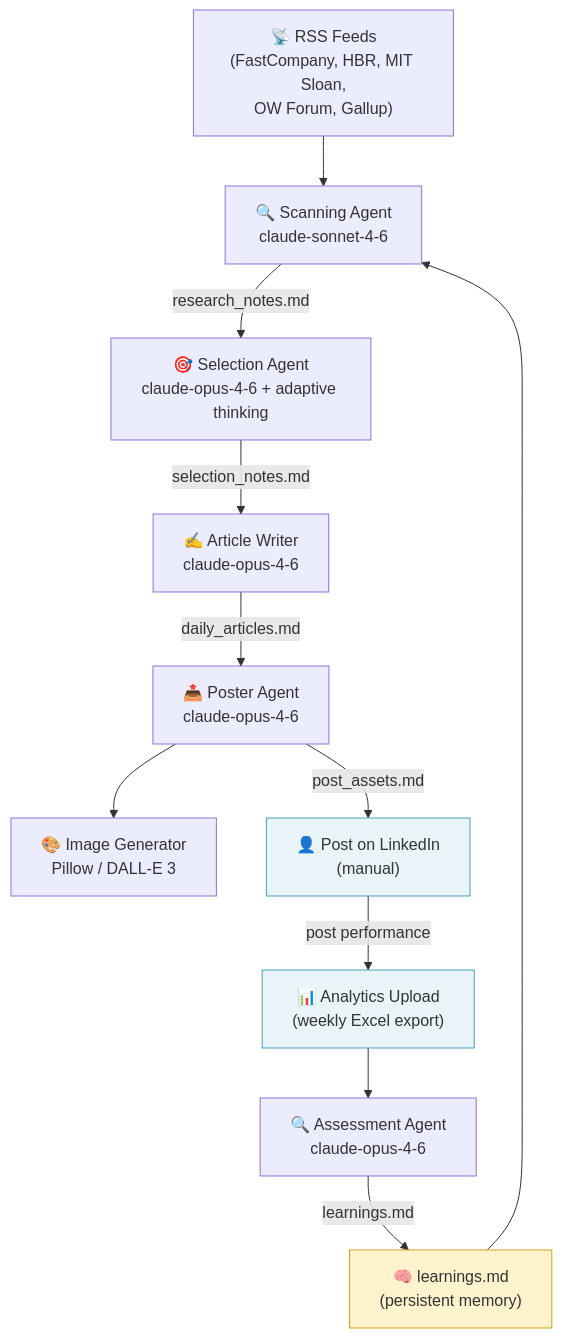
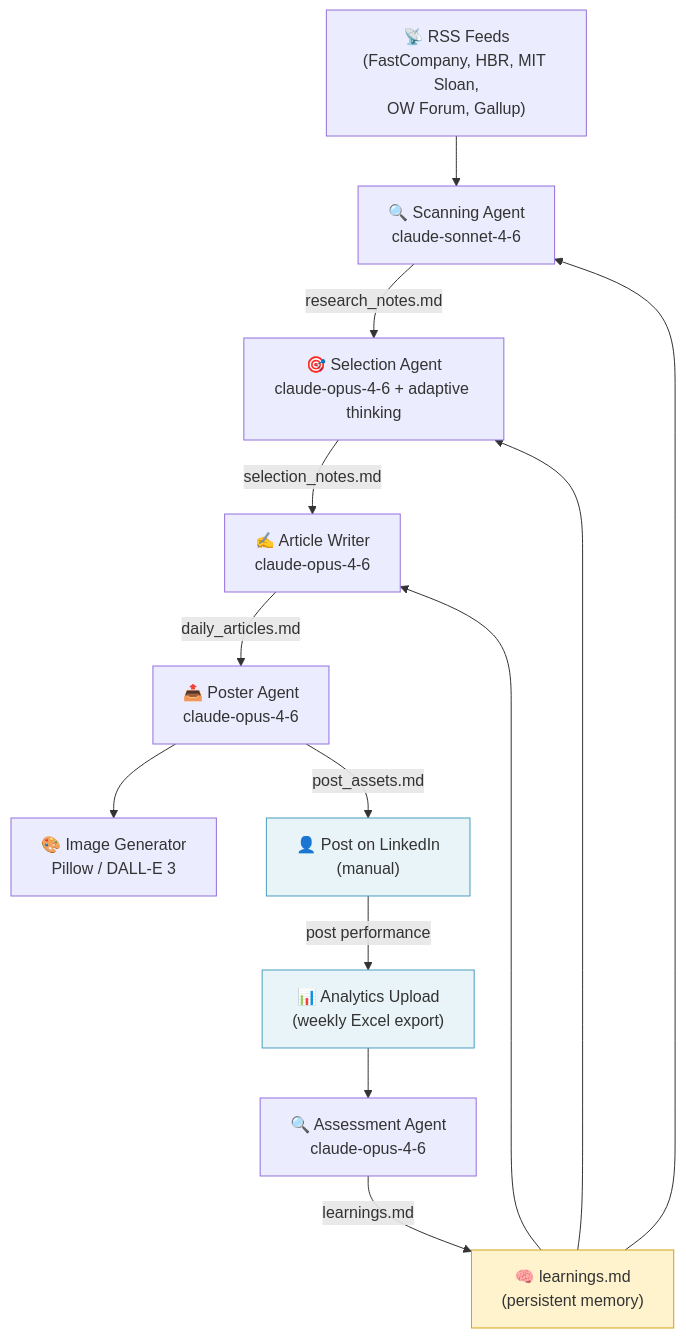
The diagram in README.md (bschmaus/linkedin-leadership-agent), drawn with Mermaid before and after one commit.

Commit message:
Fix diagram: learnings.md feeds Scanning, Selection, and Article Writer

````diff
--- a/README.md
+++ b/README.md
@@ -11,28 +11,30 @@
 ```mermaid
 flowchart TD
     RSS["📡 RSS Feeds\n(FastCompany, HBR, MIT Sloan,\nOW Forum, Gallup)"]
     SCAN["🔍 Scanning Agent\nclaude-sonnet-4-6"]
     SELECT["🎯 Selection Agent\nclaude-opus-4-6 + adaptive thinking"]
     WRITE["✍️ Article Writer\nclaude-opus-4-6"]
     POST["📤 Poster Agent\nclaude-opus-4-6"]
     IMAGE["🎨 Image Generator\nPillow / DALL-E 3"]
     HUMAN["👤 Post on LinkedIn\n(manual)"]
     ANALYTICS["📊 Analytics Upload\n(weekly Excel export)"]
     ASSESS["🔍 Assessment Agent\nclaude-opus-4-6"]
     LEARN["🧠 learnings.md\n(persistent memory)"]
 
     RSS --> SCAN
     LEARN --> SCAN
+    LEARN --> SELECT
+    LEARN --> WRITE
     SCAN -->|research_notes.md| SELECT
     SELECT -->|selection_notes.md| WRITE
     WRITE -->|daily_articles.md| POST
     POST --> IMAGE
     POST -->|post_assets.md| HUMAN
     HUMAN -->|post performance| ANALYTICS
     ANALYTICS --> ASSESS
     ASSESS -->|learnings.md| LEARN
 
     style HUMAN fill:#e8f4f8,stroke:#4a9ebe
     style ANALYTICS fill:#e8f4f8,stroke:#4a9ebe
     style LEARN fill:#fff3cd,stroke:#d4a017
 ```
````
